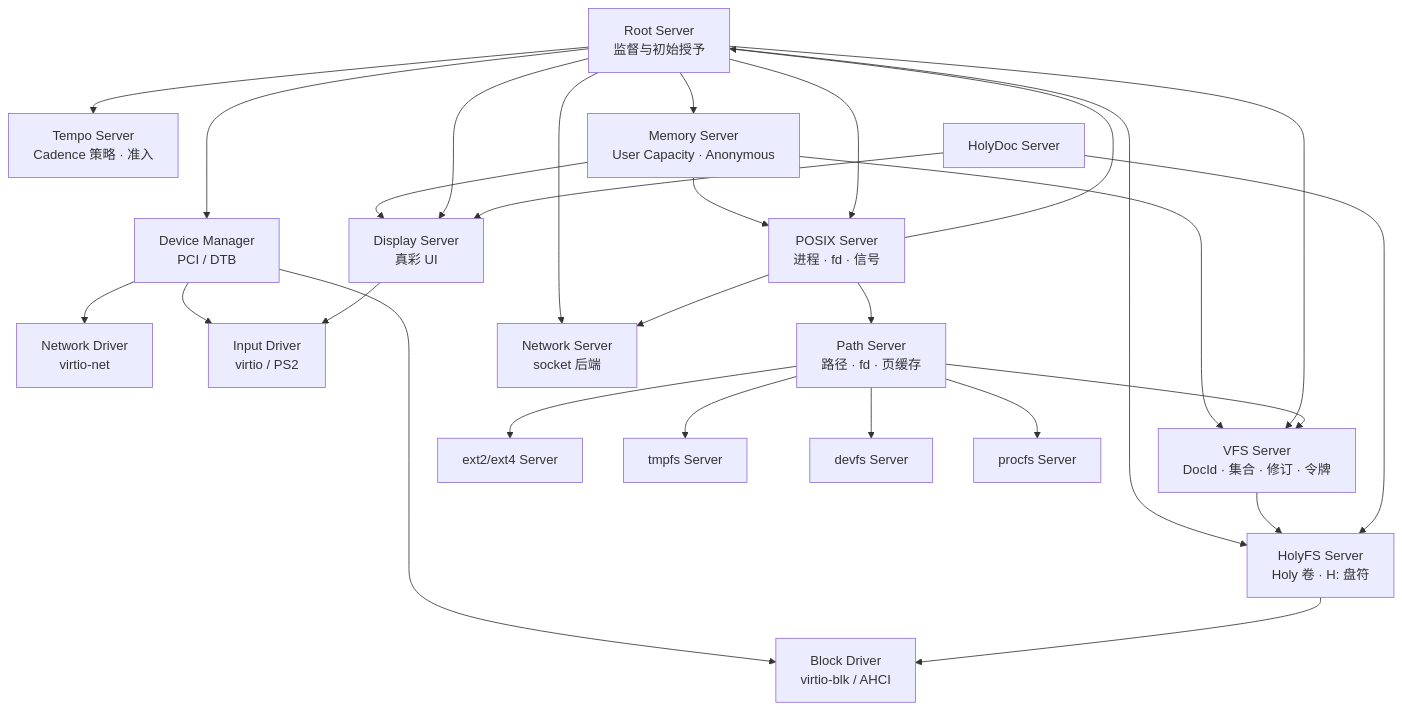
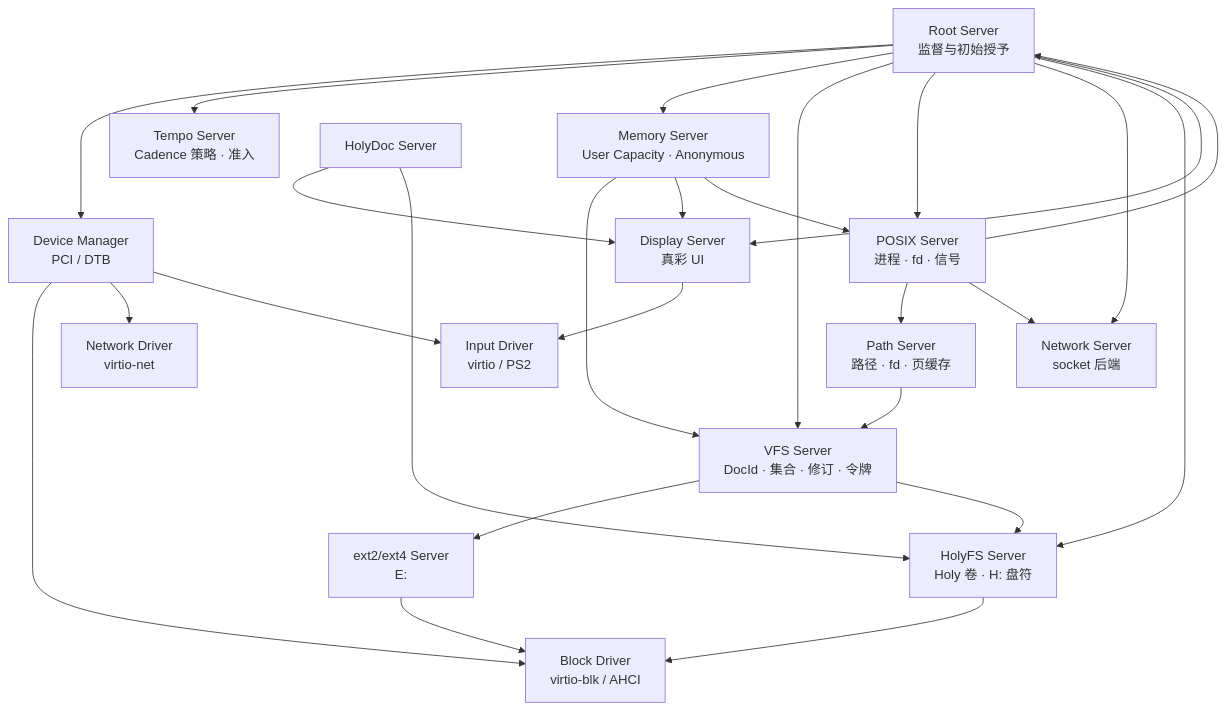
The first of 2 diagrams in docs/servers.md (hongweifei/HolyKernel), drawn with Mermaid before and after one commit. The commit also changed other lines of this file and 29 other files, not shown here.

````diff
--- a/docs/servers.md
+++ b/docs/servers.md
@@ -11,49 +11,44 @@
 ```mermaid
 flowchart TB
     Root["Root Server<br/>监督与初始授予"]
     Tempo["Tempo Server<br/>Cadence 策略 · 准入"]
     Mem["Memory Server<br/>User Capacity · Anonymous"]
     DM["Device Manager<br/>PCI / DTB"]
     Blk["Block Driver<br/>virtio-blk / AHCI"]
     Net["Network Driver<br/>virtio-net"]
     Input["Input Driver<br/>virtio / PS2"]
     VFS["VFS Server<br/>DocId · 集合 · 修订 · 令牌"]
     Path["Path Server<br/>路径 · fd · 页缓存"]
-    Ext2["ext2/ext4 Server"]
-    Tmpfs["tmpfs Server"]
-    Devfs["devfs Server"]
-    Procfs["procfs Server"]
+    Ext2["ext2/ext4 Server<br/>E:"]
     POSIX["POSIX Server<br/>进程 · fd · 信号"]
     NetSrv["Network Server<br/>socket 后端"]
     HolyFS["HolyFS Server<br/>Holy 卷 · H: 盘符"]
     Display["Display Server<br/>真彩 UI"]
     HolyDoc["HolyDoc Server"]
 
     Root --> DM
     Root --> Tempo
     Root --> Mem
     Mem --> VFS
     Mem --> Display
     Mem --> POSIX
     Root --> VFS
     Root --> POSIX
     Root --> NetSrv
     Root --> HolyFS
     Root --> Display
     DM --> Blk
     DM --> Net
     DM --> Input
-    Path --> Ext2
-    Path --> Tmpfs
-    Path --> Devfs
-    Path --> Procfs
     Path --> VFS
+    VFS --> Ext2
     VFS --> HolyFS
+    Ext2 --> Blk
     HolyFS --> Blk
     POSIX --> Path
     POSIX --> NetSrv
     POSIX --> Root
     Display --> Input
     HolyDoc --> Display
     HolyDoc --> HolyFS
 ```
````
